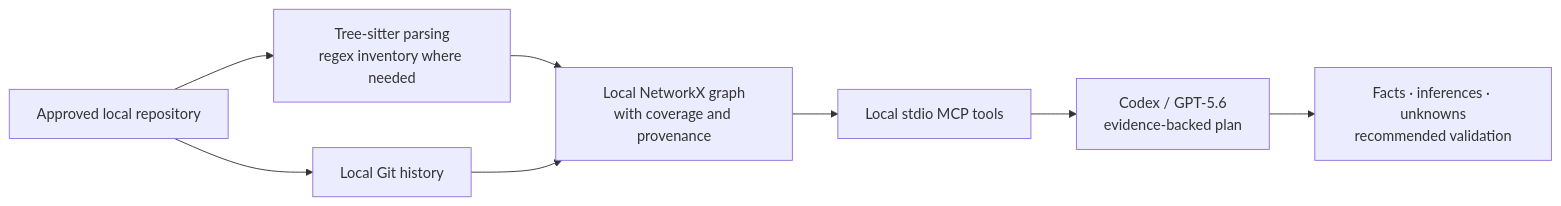
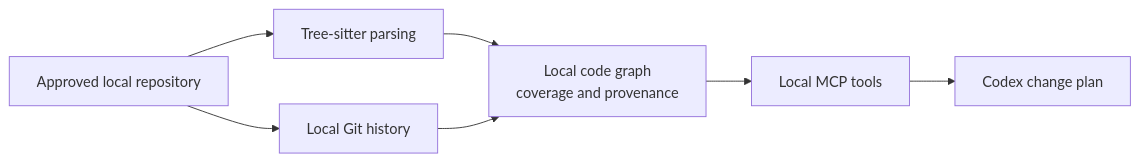
The diagram in README.md (vikky781/codebase-cartographer), drawn with Mermaid before and after one commit. The commit also changed other lines of this file, not shown here.

Commit message:
docs(readme): prioritize first-time Codex users

````diff
--- a/README.md
+++ b/README.md
@@ -31,10 +21,9 @@
 ```mermaid
 flowchart LR
-    source_repo["Approved local repository"] --> ast_parser["Tree-sitter parsing<br/>regex inventory where needed"]
-    source_repo --> local_git["Local Git history"]
-    ast_parser --> evidence_map["Local NetworkX graph<br/>with coverage and provenance"]
-    local_git --> evidence_map
-    evidence_map --> mcp_tools["Local stdio MCP tools"]
-    mcp_tools --> codex_model["Codex / GPT-5.6<br/>evidence-backed plan"]
-    codex_model --> change_plan["Facts · inferences · unknowns<br/>recommended validation"]
+    approved_repo["Approved local repository"] --> source_parser["Tree-sitter parsing"]
+    approved_repo --> git_history["Local Git history"]
+    source_parser --> evidence_graph["Local code graph<br/>coverage and provenance"]
+    git_history --> evidence_graph
+    evidence_graph --> mcp_server["Local MCP tools"]
+    mcp_server --> codex_agent["Codex change plan"]
 ```
````
